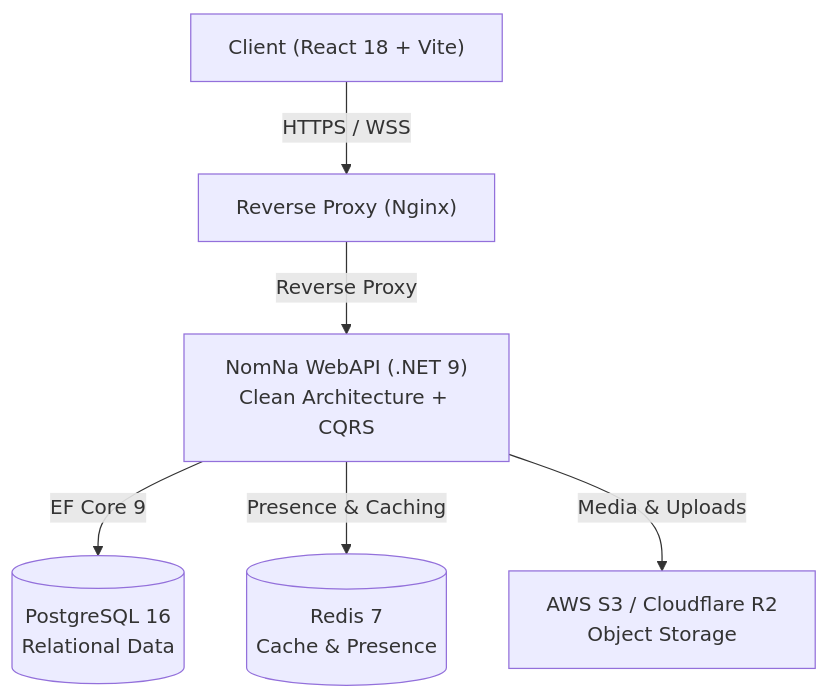
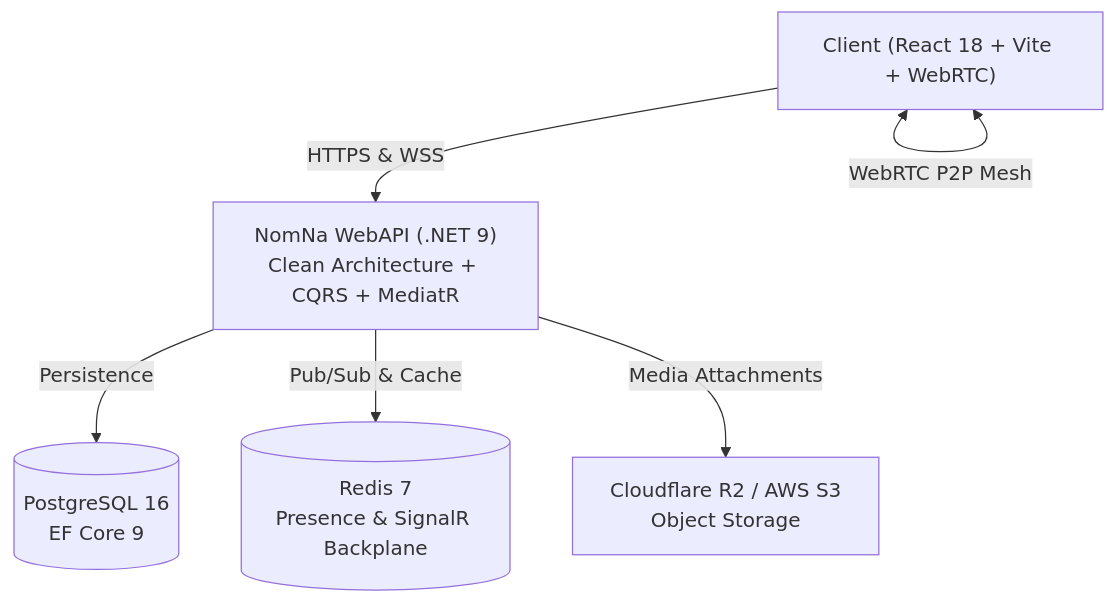
The diagram in README.md (VaninBuuKun/NomNaReal), drawn with Mermaid before and after one commit. The commit also changed other lines of this file, not shown here.

Commit message:
docs: streamline README with concise project overview and architecture

````diff
--- a/README.md
+++ b/README.md
@@ -26,15 +26,14 @@
 ```mermaid
 graph TD
-    Client["Client (React 18 + Vite)"]
-    Nginx["Reverse Proxy (Nginx)"]
-    WebAPI["NomNa WebAPI (.NET 9)\nClean Architecture + CQRS"]
-    Postgres[("PostgreSQL 16\nRelational Data")]
-    Redis[("Redis 7\nCache & Presence")]
-    S3["AWS S3 / Cloudflare R2\nObject Storage"]
+    Client["Client (React 18 + Vite + WebRTC)"]
+    API["NomNa WebAPI (.NET 9)\nClean Architecture + CQRS + MediatR"]
+    DB[("PostgreSQL 16\nEF Core 9")]
+    Redis[("Redis 7\nPresence & SignalR Backplane")]
+    Storage["Cloudflare R2 / AWS S3\nObject Storage"]
 
-    Client -->|HTTPS / WSS| Nginx
-    Nginx -->|Reverse Proxy| WebAPI
-    WebAPI -->|EF Core 9| Postgres
-    WebAPI -->|Presence & Caching| Redis
-    WebAPI -->|Media & Uploads| S3
+    Client -->|HTTPS & WSS| API
+    API -->|Persistence| DB
+    API -->|Pub/Sub & Cache| Redis
+    API -->|Media Attachments| Storage
+    Client <-->|WebRTC P2P Mesh| Client
 ```
````
